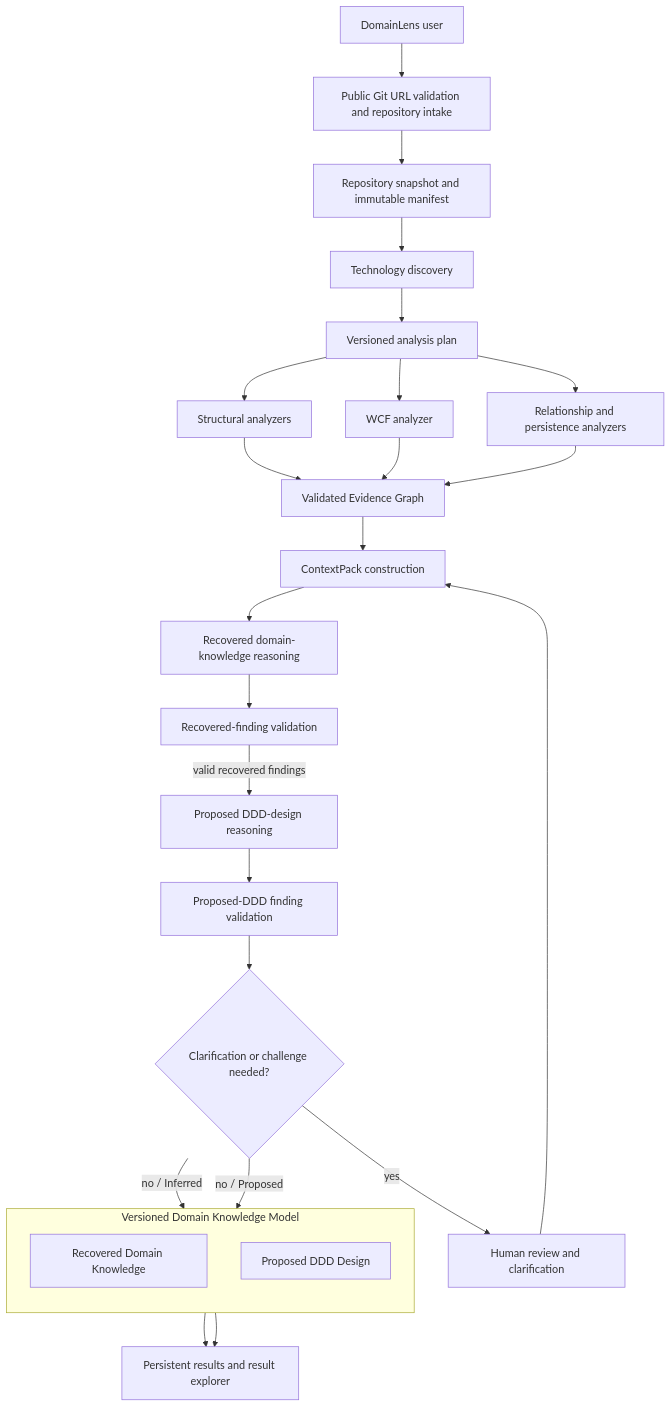
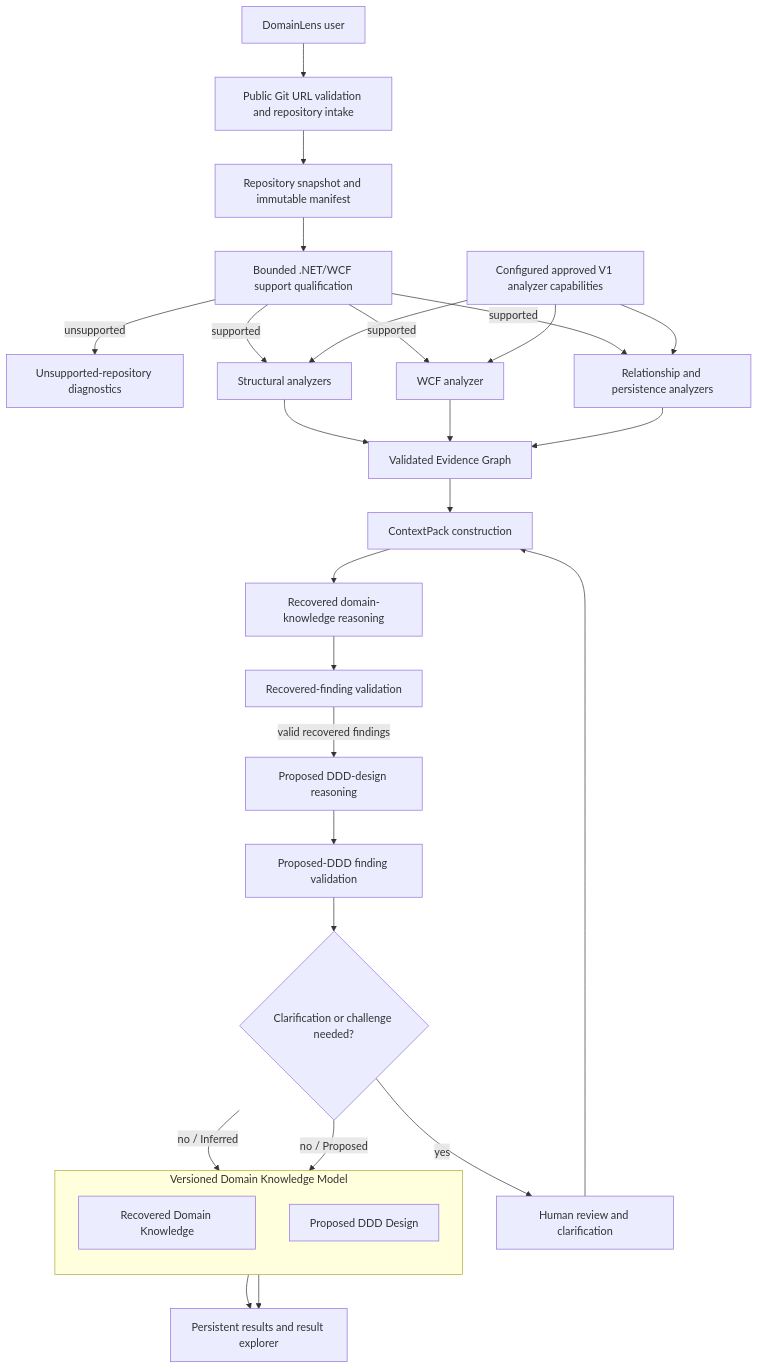
One commit to ksharik/domainLens changed the third of 5 diagrams in docs/architecture/04-analysis-pipeline.md. Above: the diagram before and after it, drawn with Mermaid. The commit also changed other lines of this file and 9 other files, not shown here.

````diff
--- a/docs/architecture/04-analysis-pipeline.md
+++ b/docs/architecture/04-analysis-pipeline.md
@@ -182,38 +182,43 @@
 ```mermaid
 flowchart TD
     User[DomainLens user]
     Intake[Public Git URL validation and repository intake]
     Snapshot[Repository snapshot and immutable manifest]
-    Discovery[Technology discovery]
-    Plan[Versioned analysis plan]
+    Qualification[Bounded .NET/WCF support qualification]
+    AnalyzerConfig[Configured approved V1 analyzer capabilities]
+    Unsupported[Unsupported-repository diagnostics]
     Structural[Structural analyzers]
     WCF[WCF analyzer]
     Relations[Relationship and persistence analyzers]
     Evidence[Validated Evidence Graph]
     Context[ContextPack construction]
     DiscoveryReasoning[Recovered domain-knowledge reasoning]
     RecoveryValidation[Recovered-finding validation]
     DDD[Proposed DDD-design reasoning]
     DesignValidation[Proposed-DDD finding validation]
     Human{Clarification or challenge needed?}
     Review[Human review and clarification]
     subgraph Knowledge["Versioned Domain Knowledge Model"]
         direction TB
         RecoveredKnowledge[Recovered Domain Knowledge]
         ProposedDesign[Proposed DDD Design]
     end
     Results[Persistent results and result explorer]
 
-    User --> Intake --> Snapshot --> Discovery --> Plan
-    Plan --> Structural
-    Plan --> WCF
-    Plan --> Relations
+    User --> Intake --> Snapshot --> Qualification
+    Qualification -->|unsupported| Unsupported
+    Qualification -->|supported| Structural
+    Qualification -->|supported| WCF
+    Qualification -->|supported| Relations
+    AnalyzerConfig --> Structural
+    AnalyzerConfig --> WCF
+    AnalyzerConfig --> Relations
     Structural --> Evidence
     WCF --> Evidence
     Relations --> Evidence
     Evidence --> Context --> DiscoveryReasoning --> RecoveryValidation
     RecoveryValidation -->|valid recovered findings| DDD --> DesignValidation --> Human
     Human -->|yes| Review --> Context
     Human -->|"no / Inferred"| RecoveredKnowledge --> Results
     Human -->|"no / Proposed"| ProposedDesign --> Results
 ```
````
